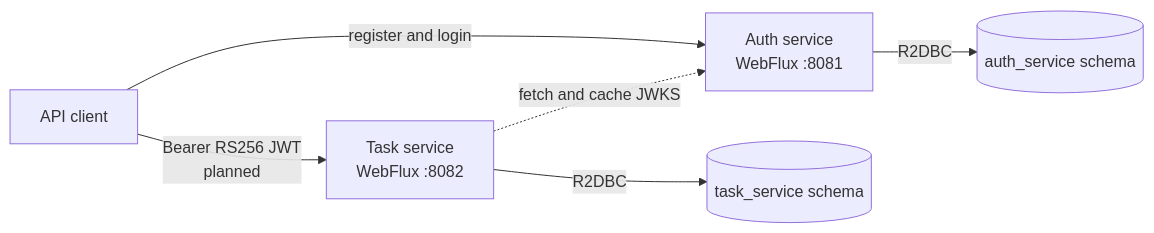
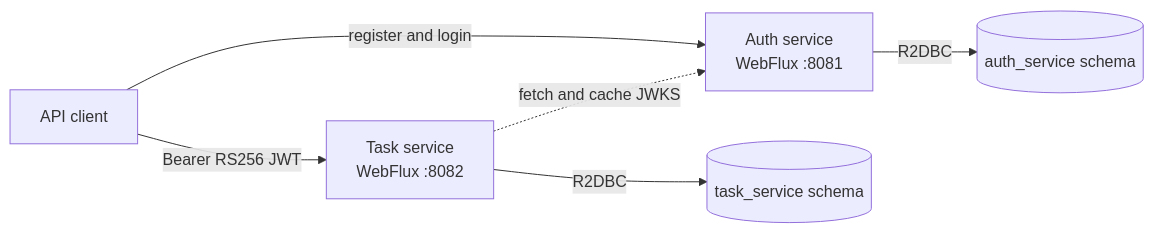
Before and after one commit to LeandroTorresCoutinho/task-flow: the diagram in README.md, drawn with Mermaid. The commit also changed other lines of this file and 2 other files, not shown here.

````diff
--- a/README.md
+++ b/README.md
@@ -11,14 +11,14 @@
 ```mermaid
 flowchart LR
     Client[API client]
     Auth[Auth service<br/>WebFlux :8081]
     Tasks[Task service<br/>WebFlux :8082]
     AuthSchema[(auth_service schema)]
     TaskSchema[(task_service schema)]
 
     Client -->|register and login| Auth
-    Client -->|Bearer RS256 JWT<br/>planned| Tasks
+    Client -->|Bearer RS256 JWT| Tasks
     Auth -->|R2DBC| AuthSchema
     Tasks -->|R2DBC| TaskSchema
     Tasks -.->|fetch and cache JWKS| Auth
 ```
````
